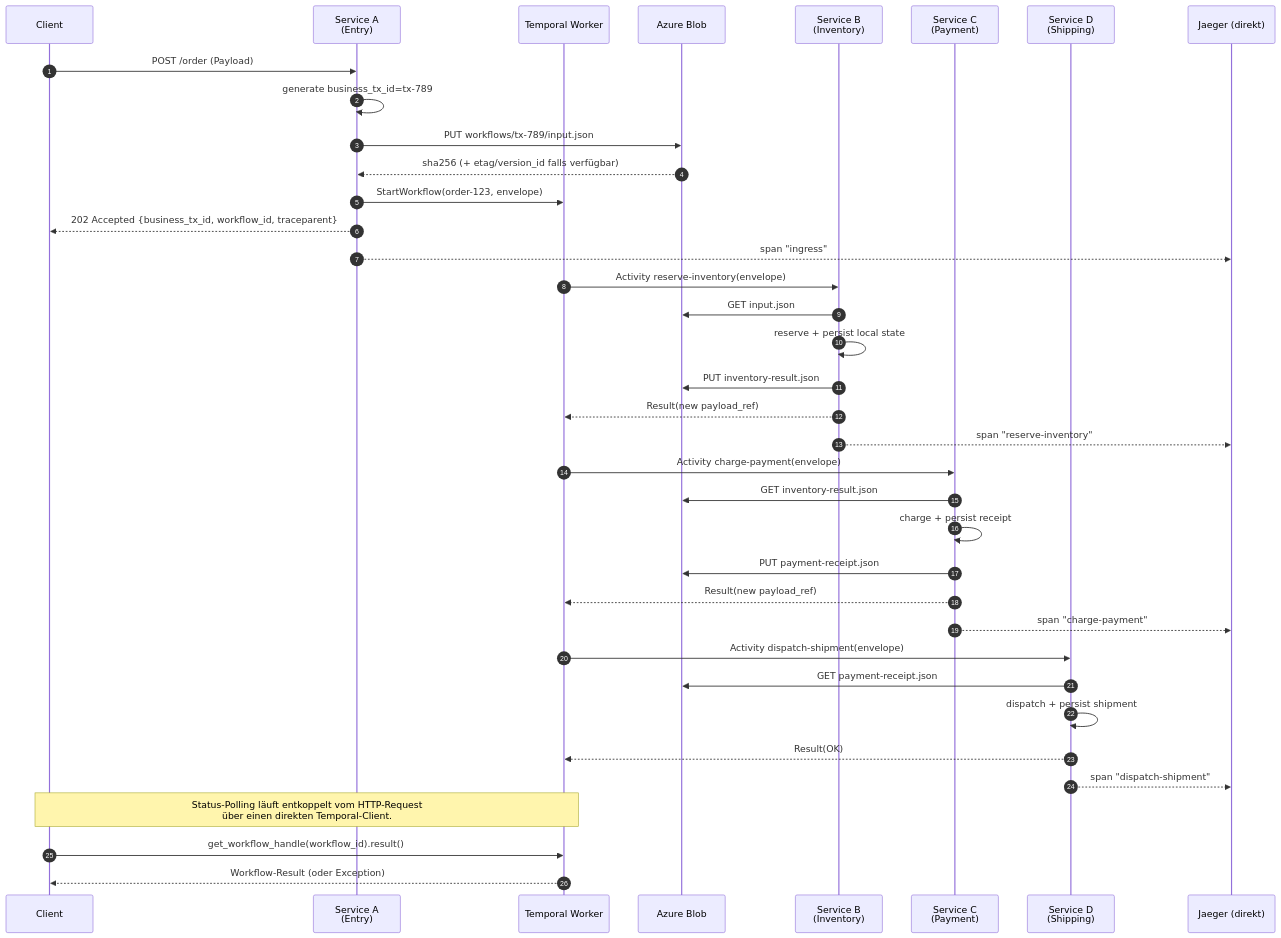
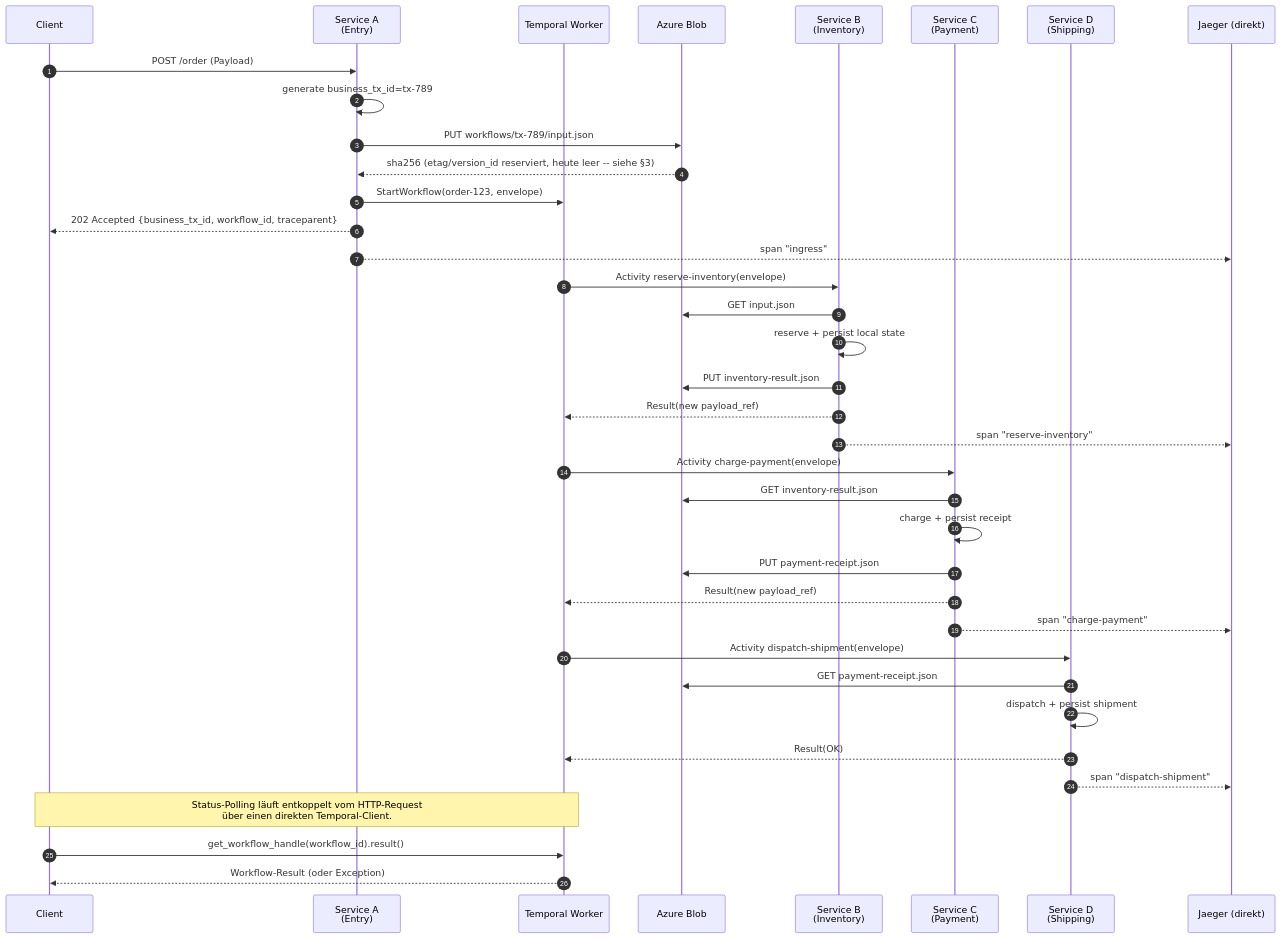
Before and after one commit to haalfi/integration-showcase: the second of 6 diagrams in sdd/research/research-temporal-azure-otel-orchestration.md, drawn with Mermaid. The commit also changed other lines of this file and 1 other file, not shown here.

````diff
--- a/sdd/research/research-temporal-azure-otel-orchestration.md
+++ b/sdd/research/research-temporal-azure-otel-orchestration.md
@@ -127,44 +129,44 @@
 ```mermaid
 sequenceDiagram
     autonumber
     participant U as Client
     participant A as Service A<br/>(Entry)
     participant T as Temporal Worker
     participant AB as Azure Blob
     participant B as Service B<br/>(Inventory)
     participant C as Service C<br/>(Payment)
     participant D as Service D<br/>(Shipping)
     participant O as Jaeger (direkt)
 
     U->>A: POST /order (Payload)
     A->>A: generate business_tx_id=tx-789
     A->>AB: PUT workflows/tx-789/input.json
-    AB-->>A: sha256 (+ etag/version_id falls verfügbar)
+    AB-->>A: sha256 (etag/version_id reserviert, heute leer -- siehe §3)
     A->>T: StartWorkflow(order-123, envelope)
     A-->>U: 202 Accepted {business_tx_id, workflow_id, traceparent}
     A-->>O: span "ingress"
 
     T->>B: Activity reserve-inventory(envelope)
     B->>AB: GET input.json
     B->>B: reserve + persist local state
     B->>AB: PUT inventory-result.json
     B-->>T: Result(new payload_ref)
     B-->>O: span "reserve-inventory"
 
     T->>C: Activity charge-payment(envelope)
     C->>AB: GET inventory-result.json
     C->>C: charge + persist receipt
     C->>AB: PUT payment-receipt.json
     C-->>T: Result(new payload_ref)
     C-->>O: span "charge-payment"
 
     T->>D: Activity dispatch-shipment(envelope)
     D->>AB: GET payment-receipt.json
     D->>D: dispatch + persist shipment
     D-->>T: Result(OK)
     D-->>O: span "dispatch-shipment"
 
     Note over U,T: Status-Polling läuft entkoppelt vom HTTP-Request<br/>über einen direkten Temporal-Client.
     U->>T: get_workflow_handle(workflow_id).result()
     T-->>U: Workflow-Result (oder Exception)
 ```
````
